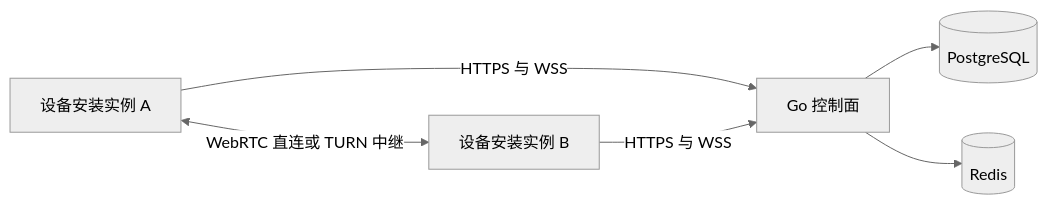
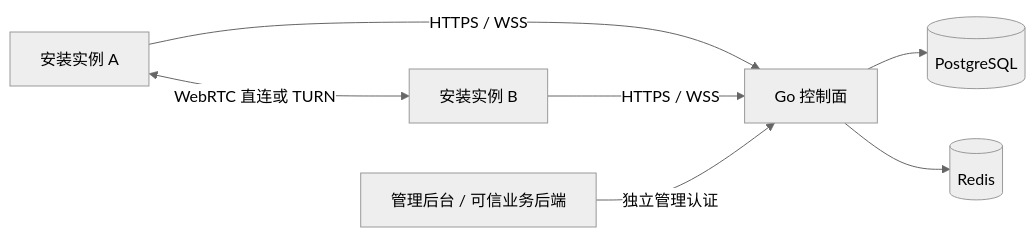
One commit to barry-ran/peerloom changed the diagram in README.md. Above: the diagram before and after it, drawn with Mermaid (neutral theme). The commit also changed other lines of this file and 12 other files, not shown here.

````diff
--- a/README.md
+++ b/README.md
@@ -26,8 +31,9 @@
 ```mermaid
 flowchart LR
-    A[设备安装实例 A] -->|HTTPS 与 WSS| C[Go 控制面]
-    B[设备安装实例 B] -->|HTTPS 与 WSS| C
-    A <-->|WebRTC 直连或 TURN 中继| B
+    A[安装实例 A] -->|HTTPS / WSS| C[Go 控制面]
+    B[安装实例 B] -->|HTTPS / WSS| C
+    A <-->|WebRTC 直连或 TURN| B
+    Admin[管理后台 / 可信业务后端] -->|独立管理认证| C
     C --> P[(PostgreSQL)]
     C --> R[(Redis)]
 ```
````
